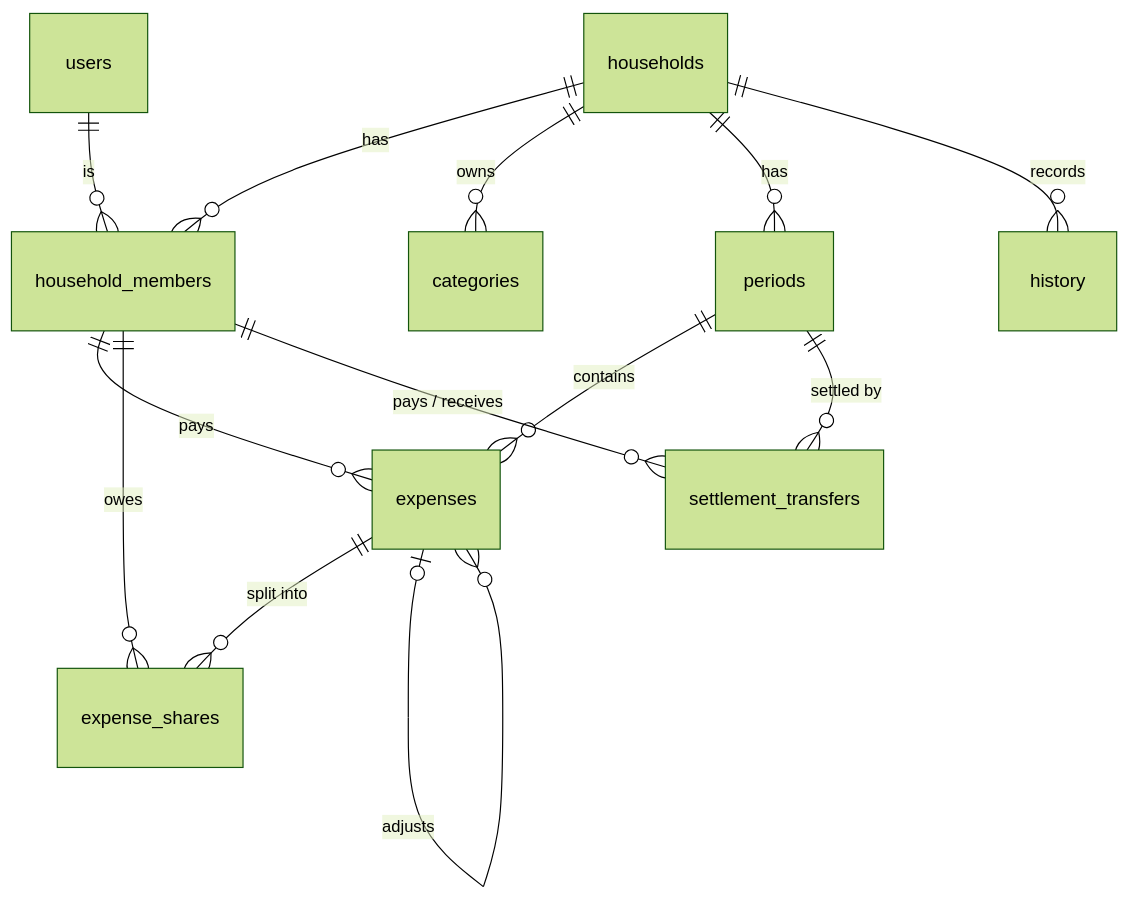
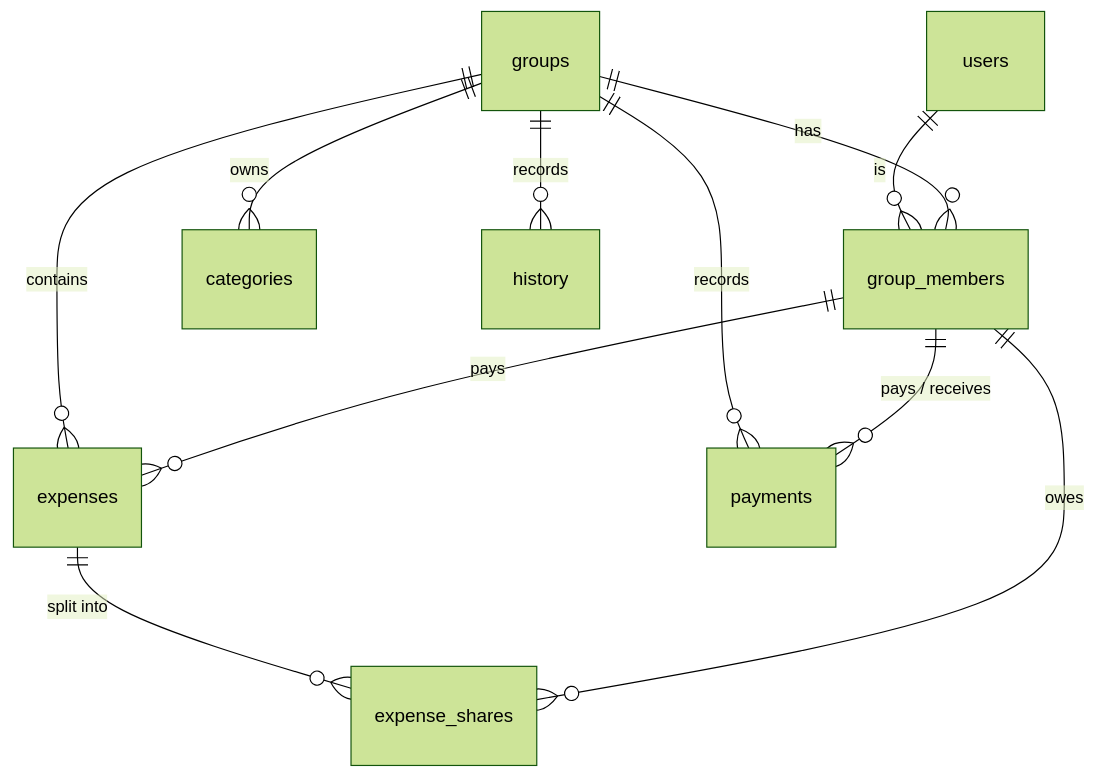
One commit to Frankovg/split-ranch changed the diagram in docs/02-data-model.md. Above: the diagram before and after it, drawn with Mermaid (forest theme). The commit also changed other lines of this file and 104 other files, not shown here.

````diff
--- a/docs/02-data-model.md
+++ b/docs/02-data-model.md
@@ -18,15 +18,13 @@
 ```mermaid
 erDiagram
-  users ||--o{ household_members : "is"
-  households ||--o{ household_members : has
-  households ||--o{ categories : owns
-  households ||--o{ periods : has
-  households ||--o{ history : records
-  periods ||--o{ expenses : contains
-  periods ||--o{ settlement_transfers : "settled by"
-  household_members ||--o{ expenses : pays
+  users ||--o{ group_members : "is"
+  groups ||--o{ group_members : has
+  groups ||--o{ categories : owns
+  groups ||--o{ expenses : contains
+  groups ||--o{ payments : records
+  groups ||--o{ history : records
+  group_members ||--o{ expenses : pays
   expenses ||--o{ expense_shares : "split into"
-  household_members ||--o{ expense_shares : owes
-  household_members ||--o{ settlement_transfers : "pays / receives"
-  expenses |o--o{ expenses : "adjusts"
+  group_members ||--o{ expense_shares : owes
+  group_members ||--o{ payments : "pays / receives"
 ```
````
